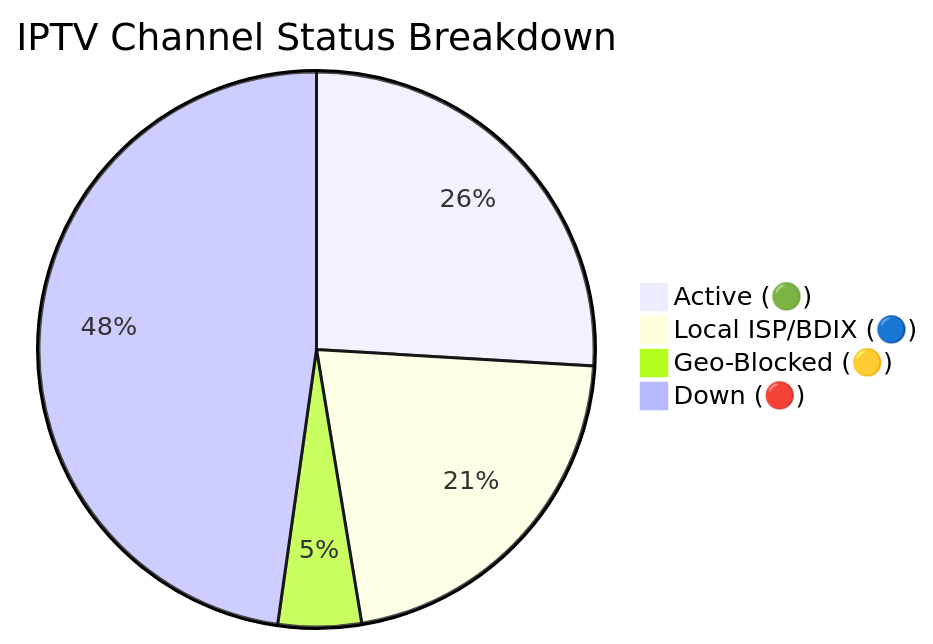
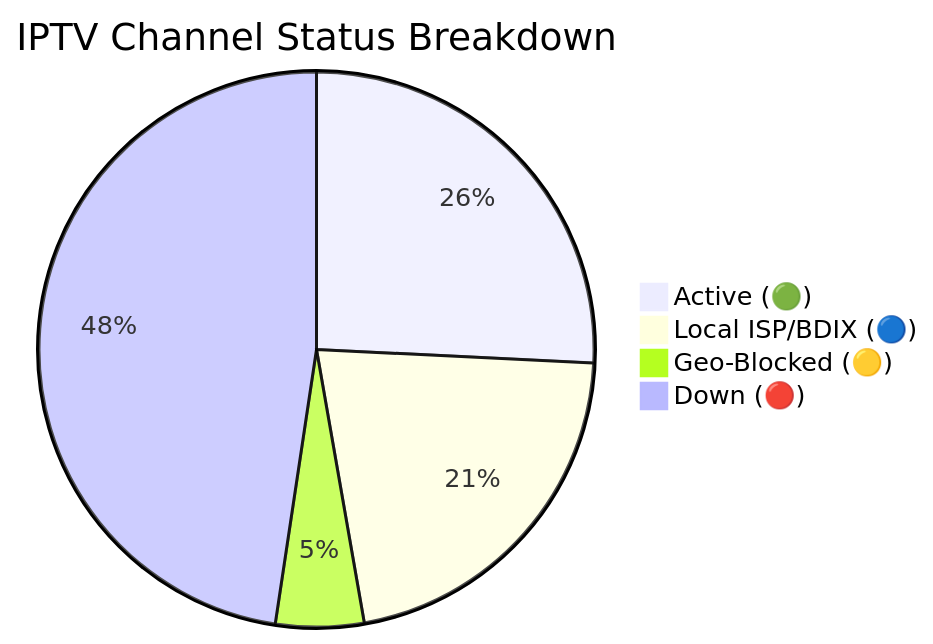
One commit to Zaman-Topu/Ip-tv-Collection changed the diagram in README.md. Above: the diagram before and after it, drawn with Mermaid. The commit also changed other lines of this file and 6 other files, not shown here.

````diff
--- a/README.md
+++ b/README.md
@@ -118,7 +118,7 @@
 ```mermaid
 pie title IPTV Channel Status Breakdown
-    "Active (🟢)" : 10844
+    "Active (🟢)" : 10772
     "Local ISP/BDIX (🔵)" : 8968
-    "Geo-Blocked (🟡)" : 2024
-    "Down (🔴)" : 19968
+    "Geo-Blocked (🟡)" : 2144
+    "Down (🔴)" : 19898
 ```
````
